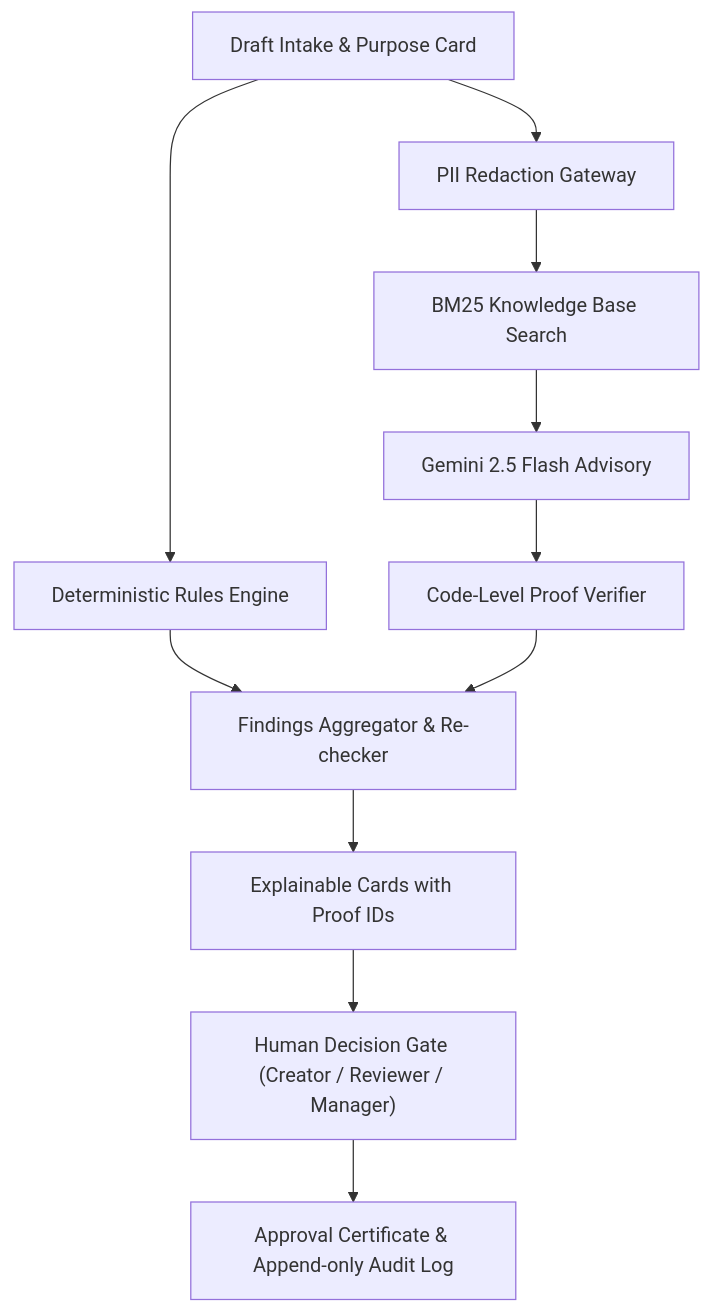
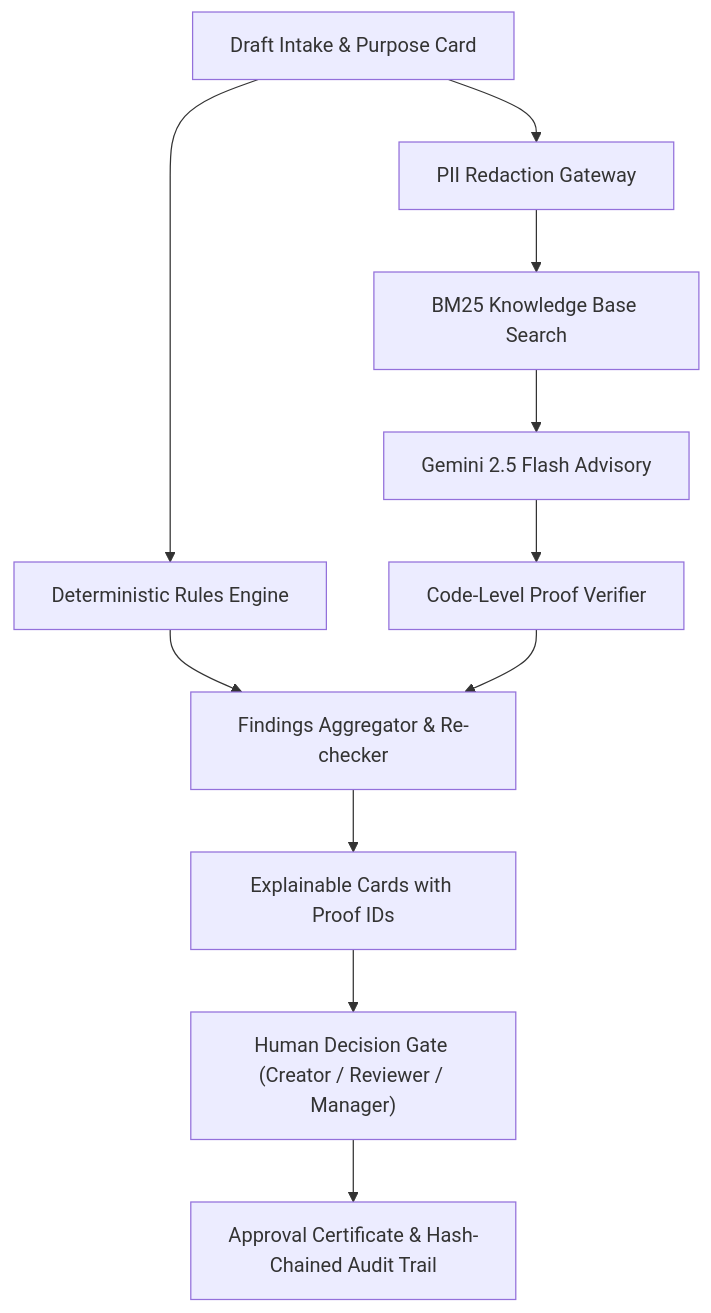
The diagram in README.md (Sitanshudevop/Pramaan), drawn with Mermaid before and after one commit. The commit also changed other lines of this file and 1 other file, not shown here.

````diff
--- a/README.md
+++ b/README.md
@@ -135,13 +140,13 @@
 ```mermaid
 flowchart TD
     A["Draft Intake & Purpose Card"] --> B["Deterministic Rules Engine"]
     A --> C["PII Redaction Gateway"]
     C --> D["BM25 Knowledge Base Search"]
     D --> E["Gemini 2.5 Flash Advisory"]
     E --> F["Code-Level Proof Verifier"]
     B --> G["Findings Aggregator & Re-checker"]
     F --> G
     G --> H["Explainable Cards with Proof IDs"]
     H --> I["Human Decision Gate (Creator / Reviewer / Manager)"]
-    I --> J["Approval Certificate & Append-only Audit Log"]
+    I --> J["Approval Certificate & Hash-Chained Audit Trail"]
 ```
````
